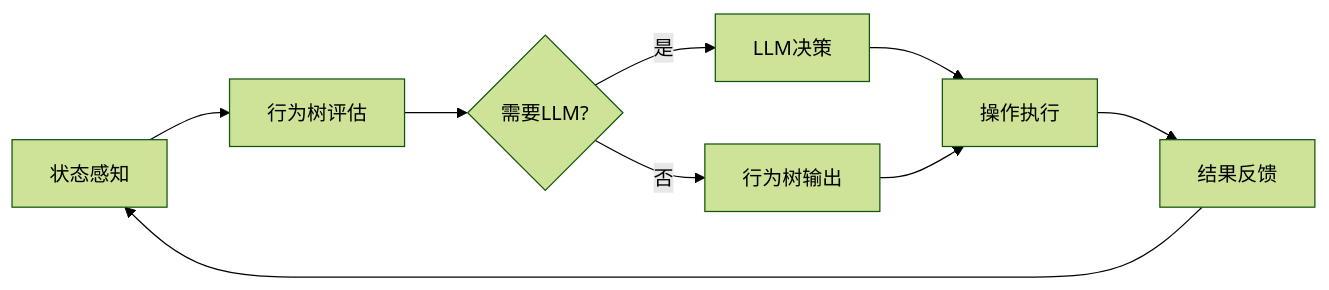
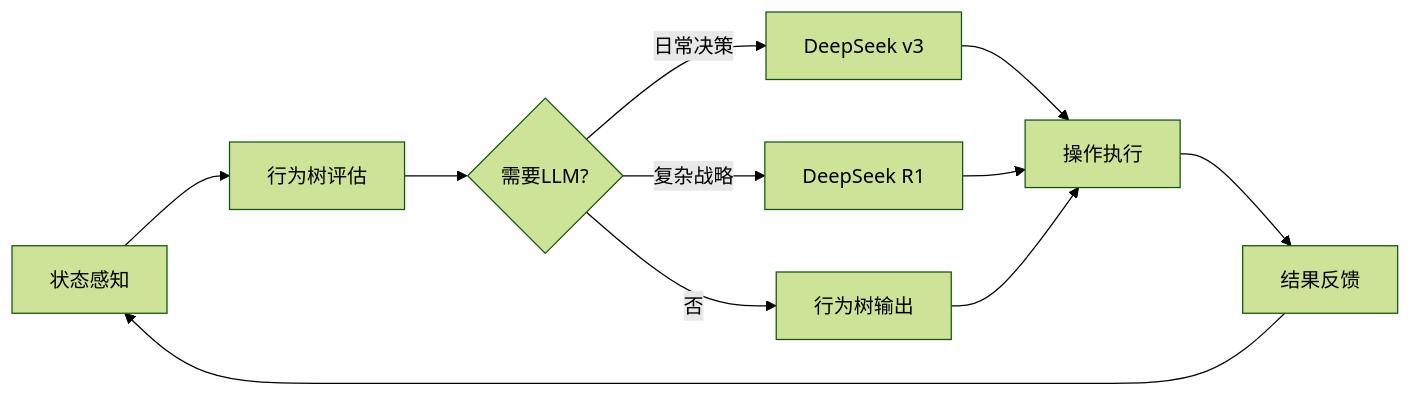
One commit to xiuxianxiuxianxiuxian/diershij changed the second of 2 diagrams in .monkeycode/specs/autonomous-cultivation-npc/design.md. Above: the diagram before and after it, drawn with Mermaid (forest theme). The commit also changed other lines of this file and 1 other file, not shown here.

Commit message:
update: 确认DeepSeek API、丰富世界预置内容设计（5域15+区域、100NPC、3宗门、世界历史） Co-authored-by: monkeycode-ai <monkeycode-ai@chaitin.com>

````diff
--- a/.monkeycode/specs/autonomous-cultivation-npc/design.md
+++ b/.monkeycode/specs/autonomous-cultivation-npc/design.md
@@ -204,11 +280,13 @@
 ```mermaid
 graph LR
     A["状态感知"] --> B["行为树评估"]
     B --> C{"需要LLM?"}
-    C -->|是| D["LLM决策"]
-    C -->|否| E["行为树输出"]
-    D --> F["操作执行"]
-    E --> F
-    F --> G["结果反馈"]
-    G --> A
+    C -->|日常决策| D["DeepSeek v3"]
+    C -->|复杂战略| E["DeepSeek R1"]
+    C -->|否| F["行为树输出"]
+    D --> G["操作执行"]
+    E --> G
+    F --> G
+    G --> H["结果反馈"]
+    H --> A
 ```
````
